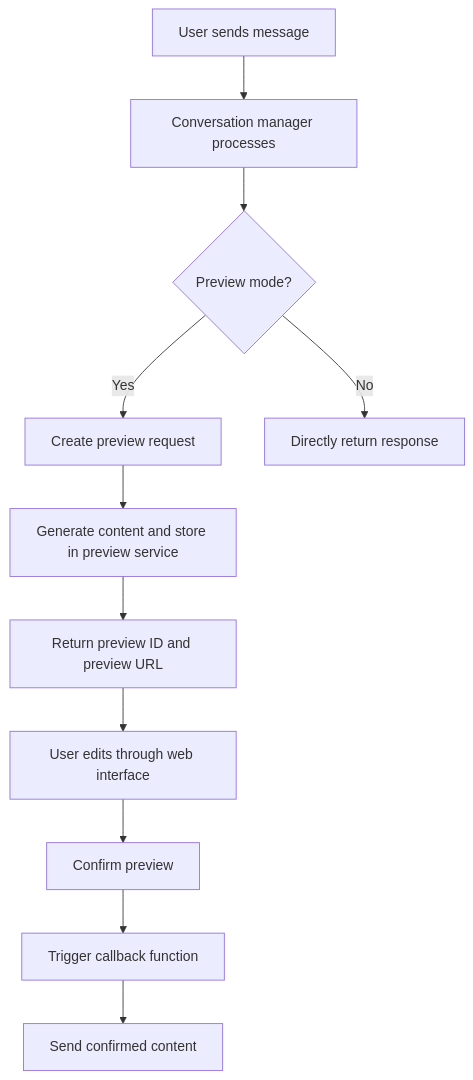
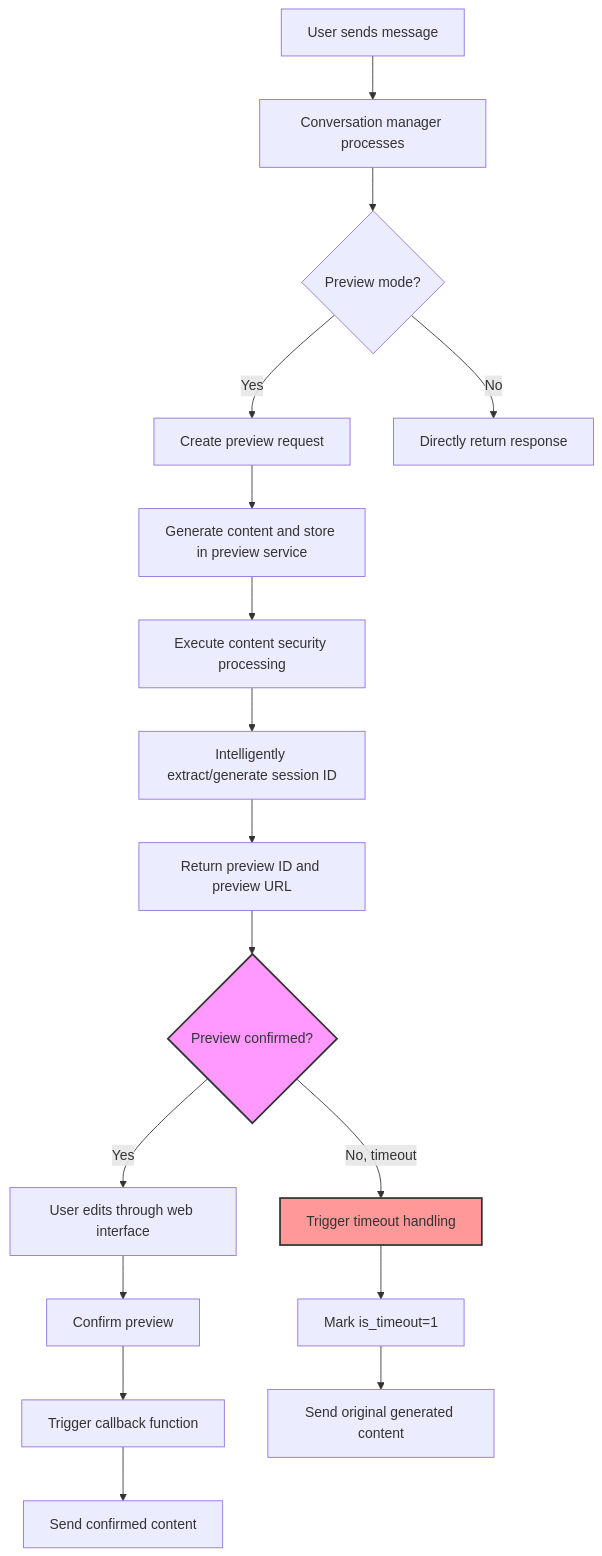
One commit to eogee/any4any changed the second of 3 diagrams in docs/ConversationManagementSystemDocumentation.md. Above: the diagram before and after it, drawn with Mermaid. The commit also changed other lines of this file and 2 other files, not shown here.

````diff
--- a/docs/ConversationManagementSystemDocumentation.md
+++ b/docs/ConversationManagementSystemDocumentation.md
@@ -70,13 +92,24 @@
 ```mermaid
 flowchart TD
     A[User sends message] --> B[Conversation manager processes]
     B --> C{Preview mode?}
     C -->|Yes| D[Create preview request]
     C -->|No| E[Directly return response]
     D --> F[Generate content and store in preview service]
-    F --> G[Return preview ID and preview URL]
-    G --> H[User edits through web interface]
-    H --> I[Confirm preview]
-    I --> J[Trigger callback function]
-    J --> K[Send confirmed content]
+    F --> G[Execute content security processing]
+    G --> H[Intelligently extract/generate session ID]
+    H --> I[Return preview ID and preview URL]
+    I --> J{Preview confirmed?}
+    
+    J -->|Yes| K[User edits through web interface]
+    K --> L[Confirm preview]
+    L --> M[Trigger callback function]
+    M --> N[Send confirmed content]
+    
+    J -->|No, timeout| O[Trigger timeout handling]
+    O --> P[Mark is_timeout=1]
+    P --> Q[Send original generated content]
+    
+    style J fill:#f9f,stroke:#333,stroke-width:2px
+    style O fill:#ff9999,stroke:#333,stroke-width:2px
 ```
````
